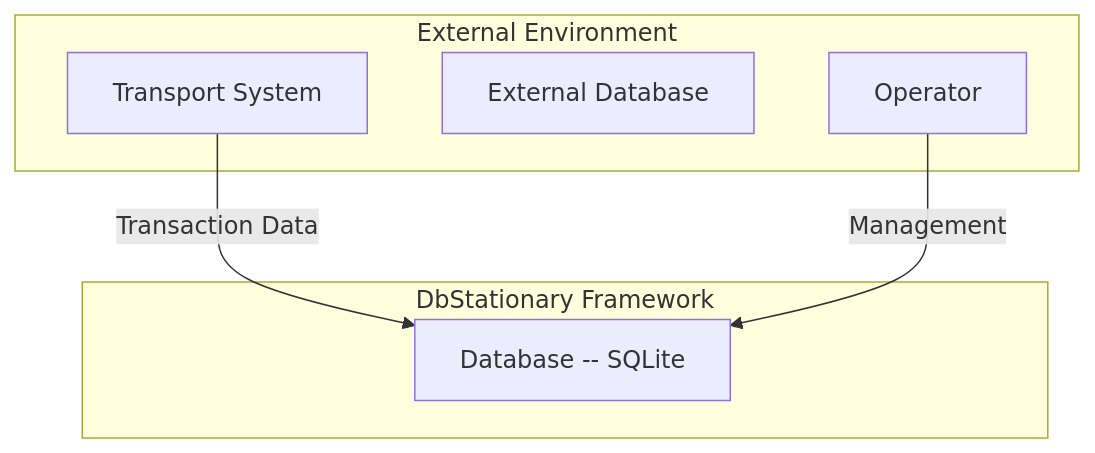
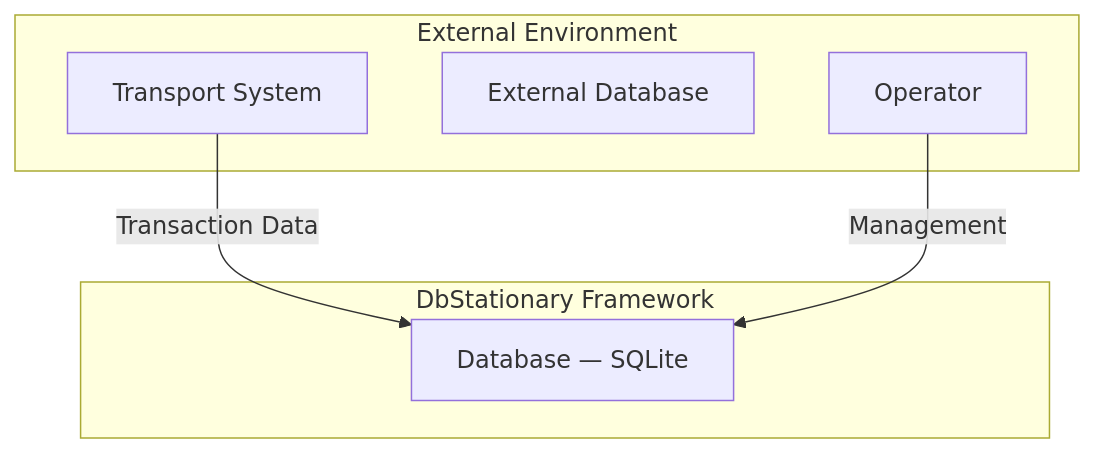
The second of 6 diagrams in ARCHITECTURE.md (ekatmoz88-alt/dbstationary-architecture-docs), drawn with Mermaid before and after one commit. The commit also changed other lines of this file, not shown here.

Commit message:
Fix architecture diagrams and Markdown formatting

````diff
--- a/ARCHITECTURE.md
+++ b/ARCHITECTURE.md
@@ -37,15 +39,15 @@
 ```mermaid
-graph TD
+flowchart TD
     subgraph External["External Environment"]
-        TransportSystem[Transport System]
-        Database[External Database]
-        User[Operator]
+        TransportSystem["Transport System"]
+        ExternalDatabase["External Database"]
+        User["Operator"]
     end
 
     subgraph System["DbStationary Framework"]
-        DB[Database -- SQLite]
+        LocalDatabase["Database — SQLite"]
     end
 
-    TransportSystem -->|Transaction Data| DB
-    User -->|Management| DB
+    TransportSystem -->|Transaction Data| LocalDatabase
+    User -->|Management| LocalDatabase
 ```
````
